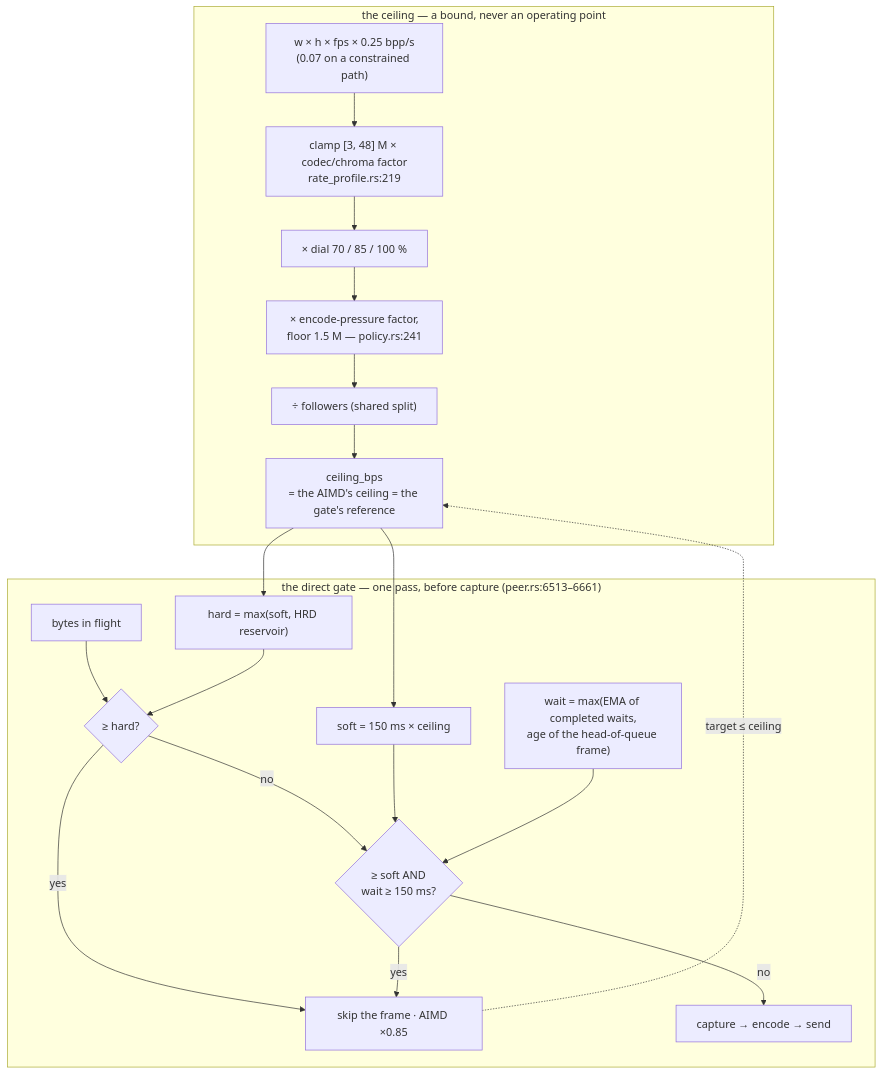
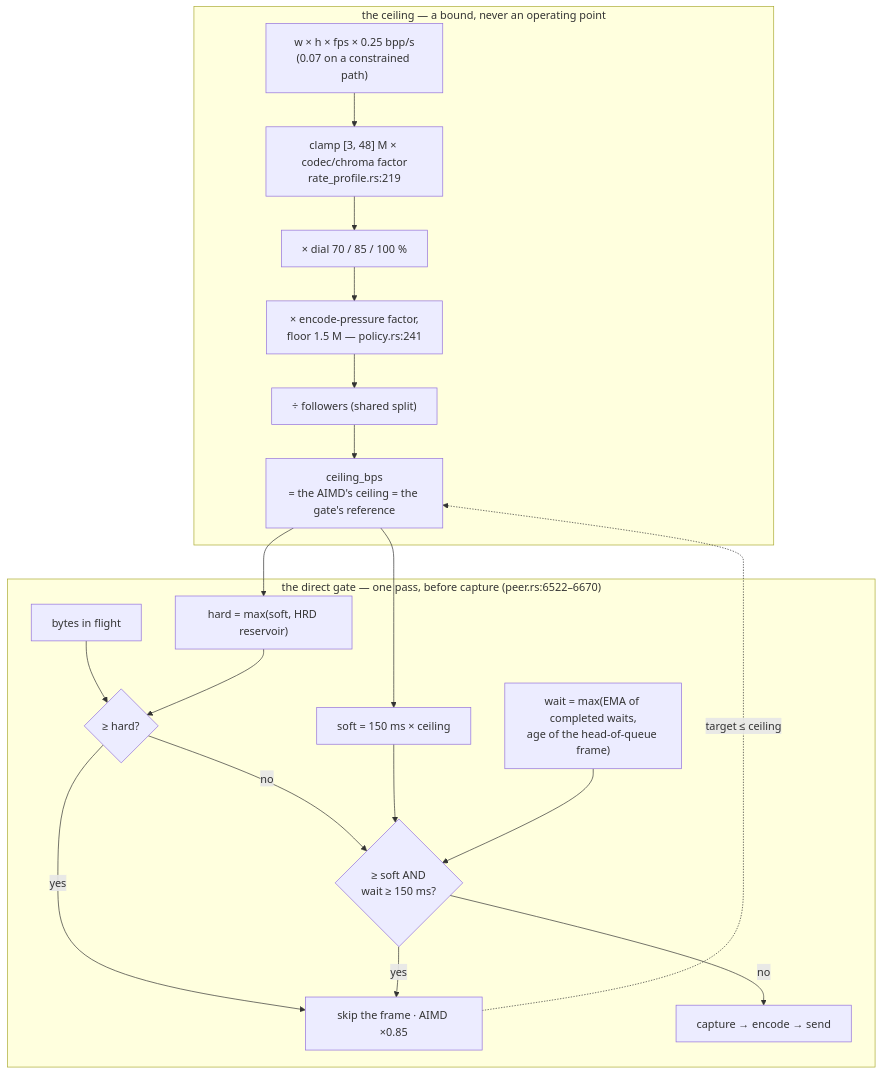
One commit to gjovanov/roomler-ai changed the sixth of 17 diagrams in docs/rate-control.md. Above: the diagram before and after it, drawn with Mermaid. The commit also changed other lines of this file and 32 other files, not shown here.

````diff
--- a/docs/rate-control.md
+++ b/docs/rate-control.md
@@ -836,24 +836,24 @@
 ```mermaid
 flowchart TB
     subgraph ceiling["the ceiling — a bound, never an operating point"]
         G["w × h × fps × 0.25 bpp/s<br/>(0.07 on a constrained path)"] --> C["clamp [3, 48] M × codec/chroma factor<br/>rate_profile.rs:219"]
         C --> D["× dial 70 / 85 / 100 %"]
         D --> E["× encode-pressure factor,<br/>floor 1.5 M — policy.rs:241"]
         E --> S["÷ followers (shared split)"]
         S --> CEIL["ceiling_bps<br/>= the AIMD's ceiling = the gate's reference"]
     end
-    subgraph gate["the direct gate — one pass, before capture (peer.rs:6513–6661)"]
+    subgraph gate["the direct gate — one pass, before capture (peer.rs:6522–6670)"]
         CEIL --> SOFT["soft = 150 ms × ceiling"]
         CEIL --> HARD["hard = max(soft, HRD reservoir)"]
         W["wait = max(EMA of completed waits,<br/>age of the head-of-queue frame)"]
         Q["bytes in flight"] --> H{"≥ hard?"}
         HARD --> H
         H -- yes --> TRIP["skip the frame · AIMD ×0.85"]
         H -- no --> SQ{"≥ soft AND<br/>wait ≥ 150 ms?"}
         SOFT --> SQ
         W --> SQ
         SQ -- yes --> TRIP
         SQ -- no --> PASS["capture → encode → send"]
     end
     TRIP -.->|"target ≤ ceiling"| CEIL
 ```
````
